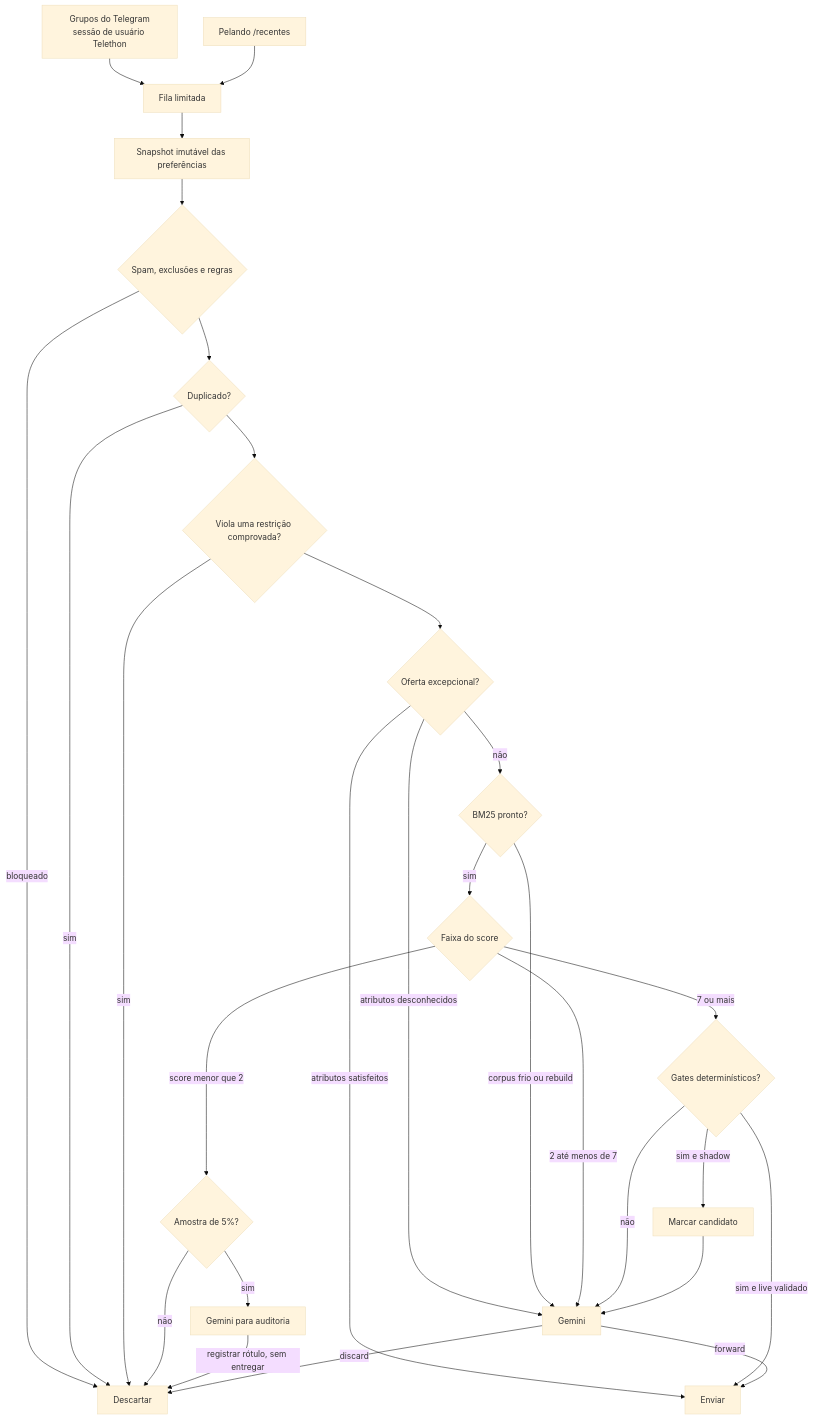
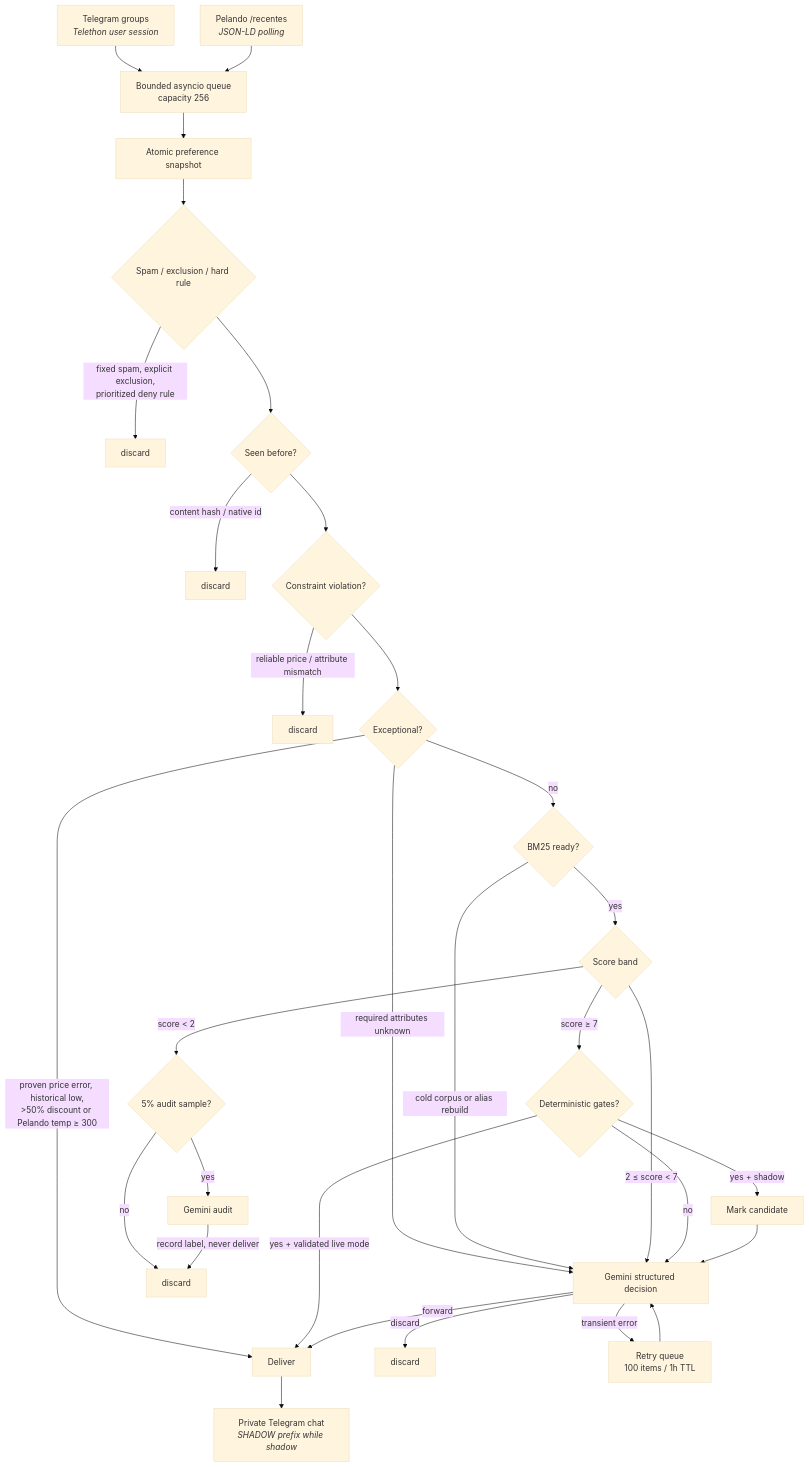
Before and after one commit to koobzaar/Sieve: the diagram in README.md, drawn with Mermaid (base theme). The commit also changed other lines of this file and 10 other files, not shown here.

````diff
--- a/README.md
+++ b/README.md
@@ -43,30 +68,38 @@
 ```mermaid
 flowchart TD
-    TG[Grupos do Telegram<br/>sessão de usuário Telethon] --> Q[Fila limitada]
-    PL[Pelando /recentes] --> Q
-    Q --> PS[Snapshot imutável das preferências]
-    PS --> F{Spam, exclusões e regras}
-    F -->|bloqueado| D[Descartar]
-    F --> DD{Duplicado?}
-    DD -->|sim| D
-    DD --> C{Viola uma restrição comprovada?}
-    C -->|sim| D
-    C --> E{Oferta excepcional?}
-    E -->|atributos satisfeitos| O[Enviar]
-    E -->|atributos desconhecidos| G[Gemini]
-    E -->|não| R{BM25 pronto?}
-    R -->|corpus frio ou rebuild| G
-    R -->|sim| B{Faixa do score}
-    B -->|score menor que 2| A{Amostra de 5%?}
-    A -->|não| D
-    A -->|sim| GA[Gemini para auditoria]
-    GA -->|registrar rótulo, sem entregar| D
-    B -->|2 até menos de 7| G
-    B -->|7 ou mais| K{Gates determinísticos?}
-    K -->|não| G
-    K -->|sim e shadow| S[Marcar candidato]
-    S --> G
-    K -->|sim e live validado| O
-    G -->|forward| O
-    G -->|discard| D
+    TG[Telegram groups<br/><i>Telethon user session</i>] --> Q
+    PL[Pelando /recentes<br/><i>JSON-LD polling</i>] --> Q
+    Q[Bounded asyncio queue<br/>capacity 256]
+
+    Q --> PS[Atomic preference snapshot]
+    PS --> HF{Spam / exclusion / hard rule}
+    HF -->|fixed spam, explicit exclusion,<br/>prioritized deny rule| X1[discard]
+    HF --> DD{Seen before?}
+    DD -->|content hash / native id| X2[discard]
+
+    DD --> PC{Constraint violation?}
+    PC -->|reliable price / attribute mismatch| X5[discard]
+    PC --> EX{Exceptional?}
+    EX -->|proven price error, historical low,<br/>&gt;50% discount or Pelando temp &ge; 300| DEL[Deliver]
+    EX -->|required attributes unknown| LLM
+    EX -->|no| READY{BM25 ready?}
+    READY -->|cold corpus or alias rebuild| LLM
+    READY -->|yes| BM{Score band}
+    BM -->|score &lt; 2| AUDIT{5% audit sample?}
+    AUDIT -->|no| X3[discard]
+    AUDIT -->|yes| ALLM[Gemini audit]
+    ALLM -->|record label, never deliver| X3
+    BM -->|2 &le; score &lt; 7| LLM
+    BM -->|score &ge; 7| GATE{Deterministic gates?}
+    GATE -->|no| LLM
+    GATE -->|yes + shadow| CAND[Mark candidate]
+    CAND --> LLM[Gemini structured decision]
+    GATE -->|yes + validated live mode| DEL
+
+    LLM -->|forward| DEL
+    LLM -->|discard| X4[discard]
+    LLM -->|transient error| RQ[Retry queue<br/>100 items / 1h TTL]
+    RQ --> LLM
+
+    DEL --> OUT[Private Telegram chat<br/><i>SHADOW prefix while shadow</i>]
 ```
````
